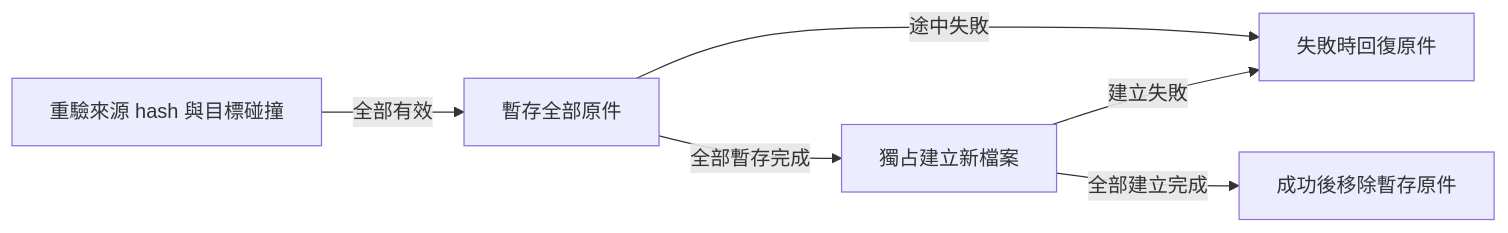
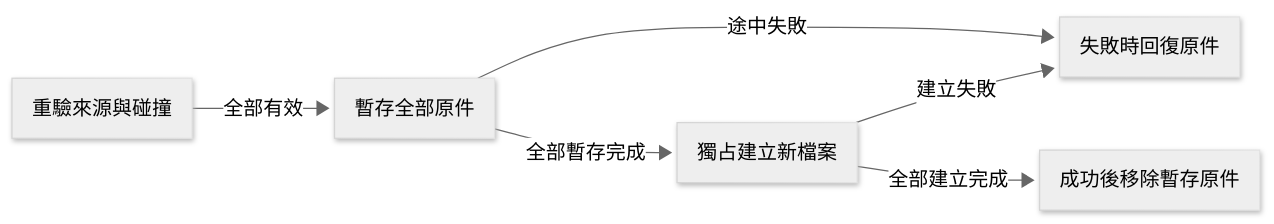
One commit to JiaChangGit/ai-general-framework changed the diagram in examples/diagrams/files-transaction.mmd. Above: the diagram before and after it, drawn with Mermaid. The commit also changed 23 other files, not shown here.

First line of the commit message:
Keep diagrams concise and derive state paths from observations

```diff
--- a/examples/diagrams/files-transaction.mmd
+++ b/examples/diagrams/files-transaction.mmd
@@ -1,12 +1,18 @@
+---
+config:
+  look: neo
+  theme: neutral
+  fontFamily: 'Noto Sans CJK TC, Microsoft JhengHei, PingFang TC, sans-serif'
+---
 %% Sources: [{"path": "agf/files.py", "symbol": "apply_plan", "basis": "source inspection; simplified control flow, not a captured trace"}]
 flowchart LR
-    Validate["重驗來源 hash 與目標碰撞"]
+    Validate["重驗來源與碰撞"]
     Stage["暫存全部原件"]
     Copy["獨占建立新檔案"]
     Restore["失敗時回復原件"]
     Cleanup["成功後移除暫存原件"]
     Validate -->|"全部有效"| Stage
     Stage -->|"全部暫存完成"| Copy
     Stage -->|"途中失敗"| Restore
     Copy -->|"建立失敗"| Restore
     Copy -->|"全部建立完成"| Cleanup
```
